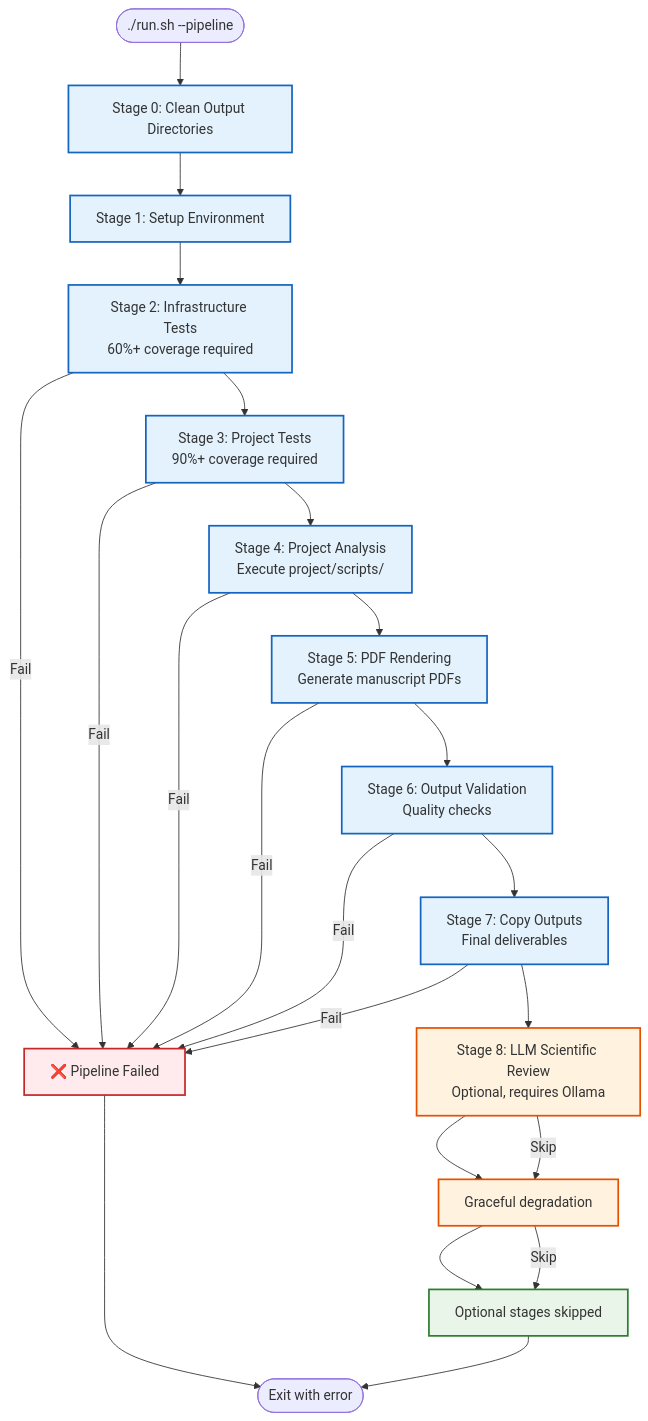
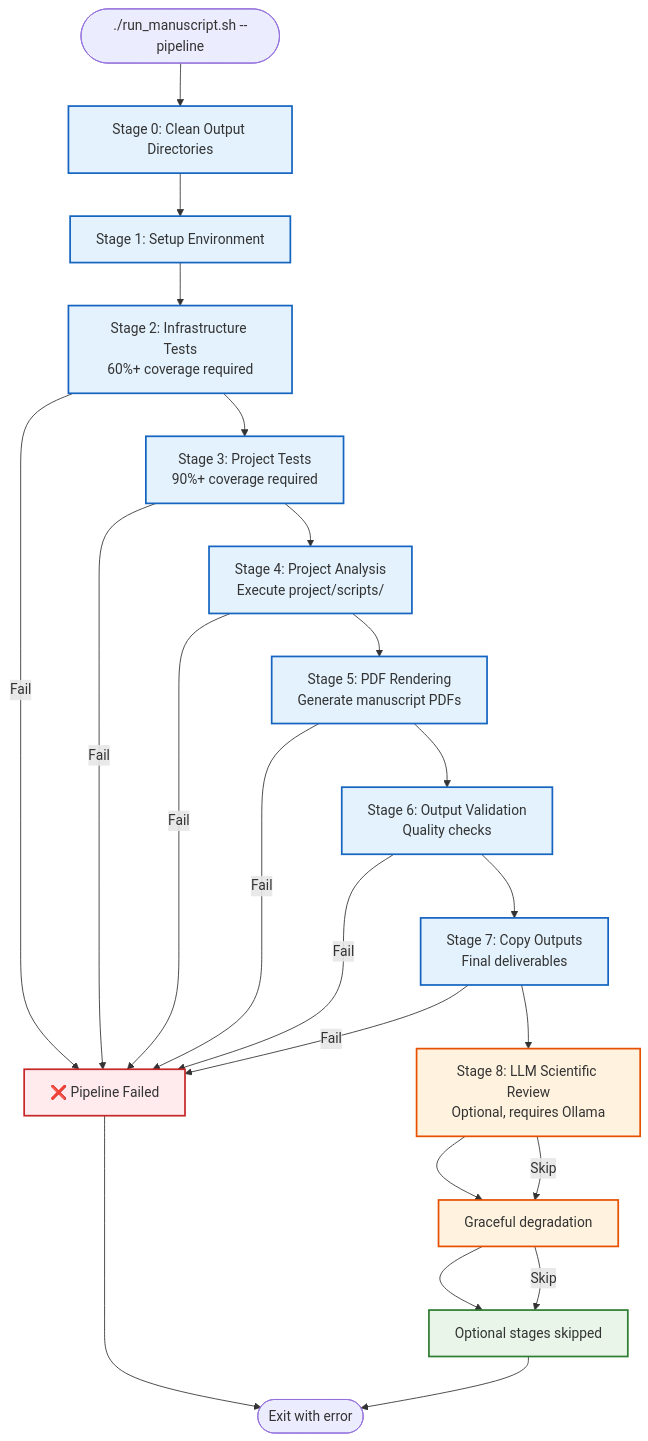
One commit to docxology/template changed the sixth of 6 diagrams in README.md. Above: the diagram before and after it, drawn with Mermaid. The commit also changed other lines of this file and 734 other files, not shown here.

````diff
--- a/README.md
+++ b/README.md
@@ -668,36 +677,36 @@
 ```mermaid
 flowchart TD
-    START([./run.sh --pipeline]) --> STAGE0[Stage 0: Clean Output Directories]
+    START([./run_manuscript.sh --pipeline]) --> STAGE0[Stage 0: Clean Output Directories]
     STAGE0 --> STAGE1[Stage 1: Setup Environment]
     STAGE1 --> STAGE2[Stage 2: Infrastructure Tests<br/>60%+ coverage required]
     STAGE2 --> STAGE3[Stage 3: Project Tests<br/>90%+ coverage required]
     STAGE3 --> STAGE4[Stage 4: Project Analysis<br/>Execute project/scripts/]
     STAGE4 --> STAGE5[Stage 5: PDF Rendering<br/>Generate manuscript PDFs]
     STAGE5 --> STAGE6[Stage 6: Output Validation<br/>Quality checks]
     STAGE6 --> STAGE7[Stage 7: Copy Outputs<br/>Final deliverables]
     STAGE7 --> STAGE8[Stage 8: LLM Scientific Review<br/>Optional, requires Ollama]
     STAGE8 --> STAGE9[Stage 9: LLM Translations<br/>Optional, requires Ollama]
     STAGE9 --> SUCCESS[✅ Build Complete<br/>~84s core + LLM time]
     
     STAGE2 -->|Fail| FAIL[❌ Pipeline Failed]
     STAGE3 -->|Fail| FAIL
     STAGE4 -->|Fail| FAIL
     STAGE5 -->|Fail| FAIL
     STAGE6 -->|Fail| FAIL
     STAGE7 -->|Fail| FAIL
     STAGE8 -->|Skip| STAGE9[Graceful degradation]
     STAGE9 -->|Skip| SUCCESS[Optional stages skipped]
     
     FAIL --> END([Exit with error])
     SUCCESS --> END
     
     classDef success fill:#e8f5e8,stroke:#2e7d32,stroke-width:2px
     classDef failure fill:#ffebee,stroke:#c62828,stroke-width:2px
     classDef process fill:#e3f2fd,stroke:#1565c0,stroke-width:2px
     classDef optional fill:#fff3e0,stroke:#e65100,stroke-width:2px
     
     class SUCCESS success
     class FAIL failure
     class STAGE0,STAGE1,STAGE2,STAGE3,STAGE4,STAGE5,STAGE6,STAGE7 process
     class STAGE8,STAGE9 optional
 ```
````
